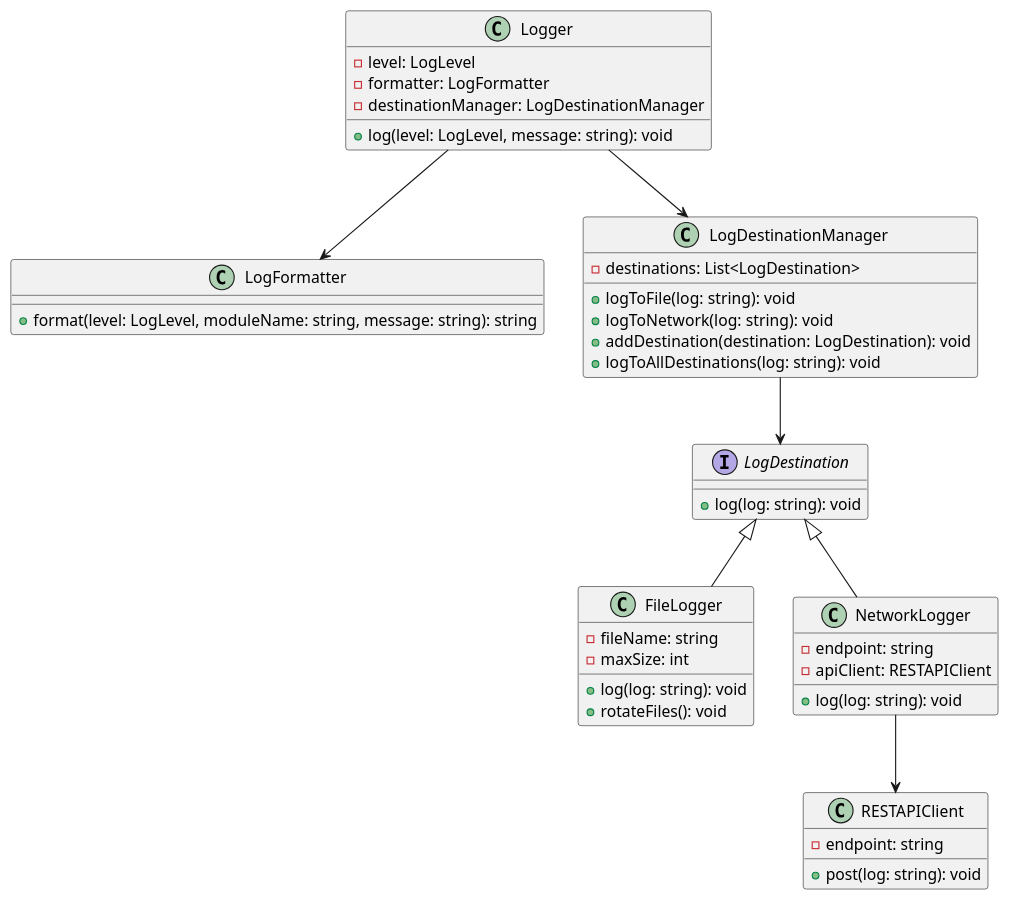
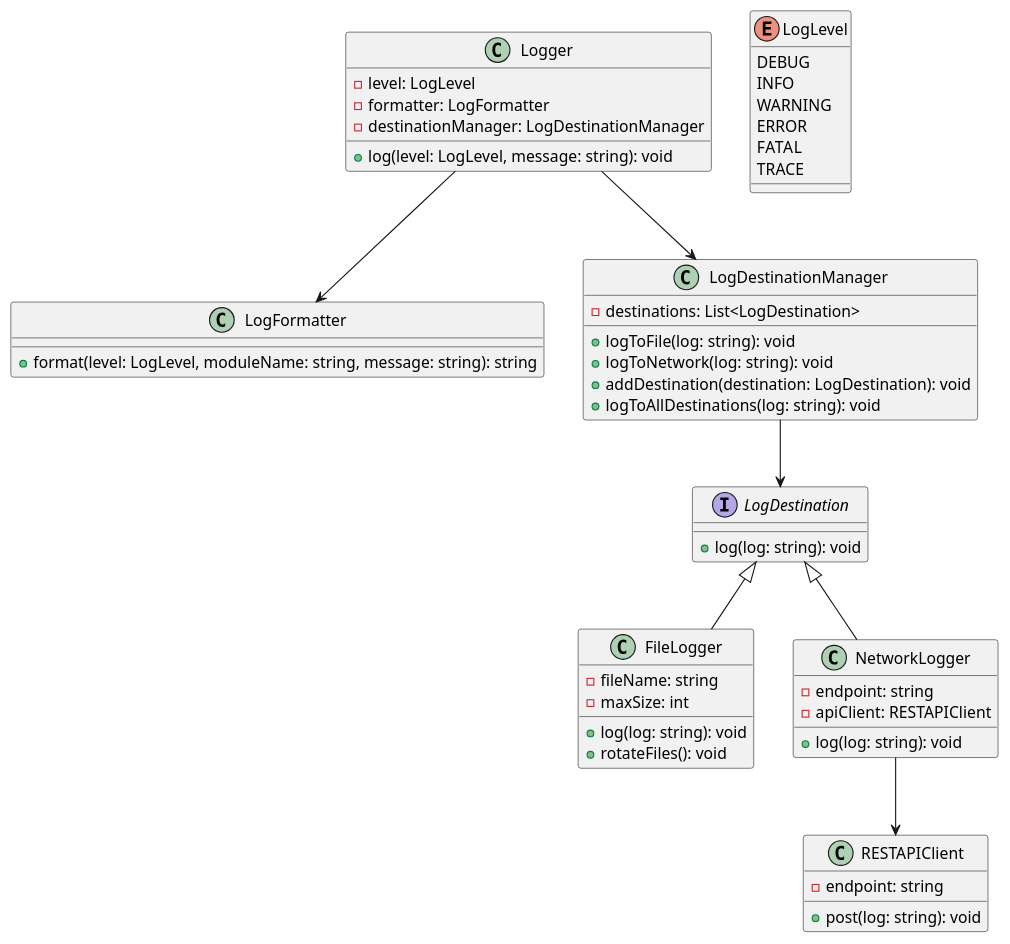
The diagram in docs/diagrams/main_class_diagram.puml (Marcin279/logger_library), drawn with PlantUML before and after one commit. The commit also changed 7 other files, not shown here.

```diff
--- a/docs/diagrams/main_class_diagram.puml
+++ b/docs/diagrams/main_class_diagram.puml
@@ -1,49 +1,58 @@
 @startuml
 class Logger {
   - level: LogLevel
   - formatter: LogFormatter
   - destinationManager: LogDestinationManager
   + log(level: LogLevel, message: string): void
 }
 
 class LogFormatter {
   + format(level: LogLevel, moduleName: string, message: string): string
 }
 
 interface LogDestination {
   + log(log: string): void
 }
 
 class LogDestinationManager {
   - destinations: List<LogDestination>
   + logToFile(log: string): void
   + logToNetwork(log: string): void
   + addDestination(destination: LogDestination): void
   + logToAllDestinations(log: string): void
 }
 
 class FileLogger {
   - fileName: string
   - maxSize: int
   + log(log: string): void
   + rotateFiles(): void
 }
 
 class NetworkLogger {
   - endpoint: string
   - apiClient: RESTAPIClient
   + log(log: string): void
 }
 
 class RESTAPIClient {
   - endpoint: string
   + post(log: string): void
 }
 
+enum LogLevel {
+    DEBUG
+    INFO
+    WARNING
+    ERROR
+    FATAL
+    TRACE
+}
+
 Logger --> LogFormatter
 Logger --> LogDestinationManager
 LogDestinationManager --> LogDestination
 LogDestination <|-- FileLogger
 LogDestination <|-- NetworkLogger
 NetworkLogger --> RESTAPIClient
 @enduml
```
